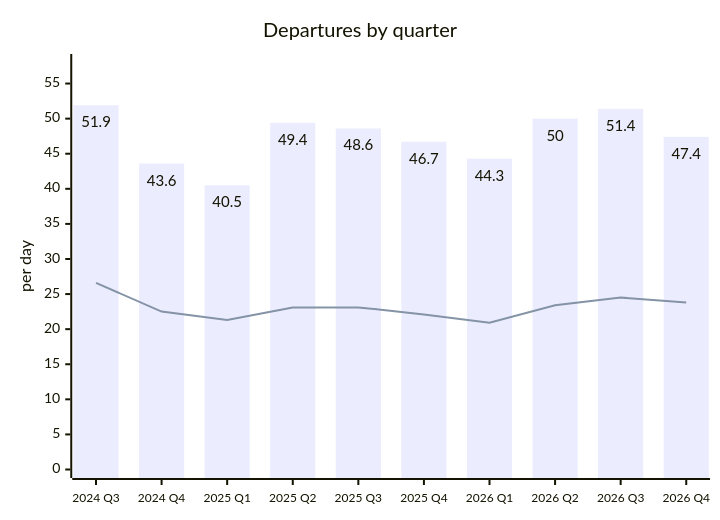
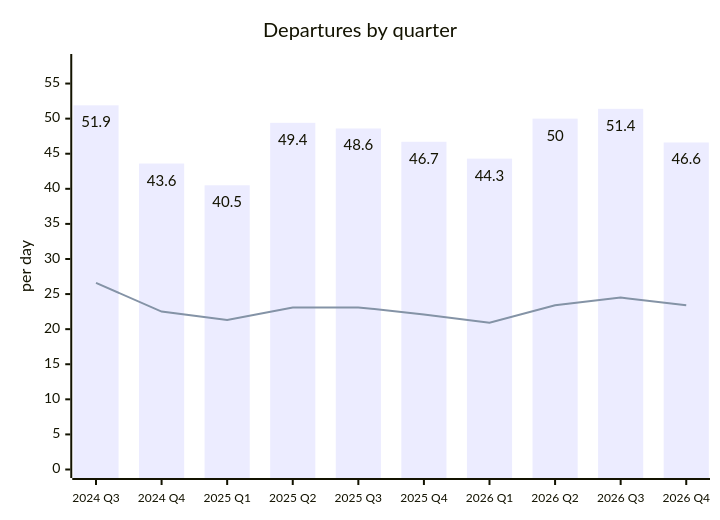
Before and after one commit to rainermesi/tll-airport-departures: the second of 2 diagrams in README.md, drawn with Mermaid. The commit also changed other lines of this file and 3 other files, not shown here.

````diff
--- a/README.md
+++ b/README.md
@@ -82,15 +82,15 @@
 ```mermaid
 ---
 config:
   xyChart:
     showDataLabel: true
     xAxis:
       labelFontSize: 12
 ---
 xychart-beta
     title "Departures by quarter"
     x-axis ["2024 Q3", "2024 Q4", "2025 Q1", "2025 Q2", "2025 Q3", "2025 Q4", "2026 Q1", "2026 Q2", "2026 Q3", "2026 Q4"]
     y-axis "per day" 0 --> 58
-    bar [51.9, 43.6, 40.5, 49.4, 48.6, 46.7, 44.3, 50.0, 51.4, 47.4]
-    line [26.6, 22.5, 21.3, 23.1, 23.1, 22.1, 20.9, 23.4, 24.5, 23.8]
+    bar [51.9, 43.6, 40.5, 49.4, 48.6, 46.7, 44.3, 50.0, 51.4, 46.6]
+    line [26.6, 22.5, 21.3, 23.1, 23.1, 22.1, 20.9, 23.4, 24.5, 23.4]
 ```
````
